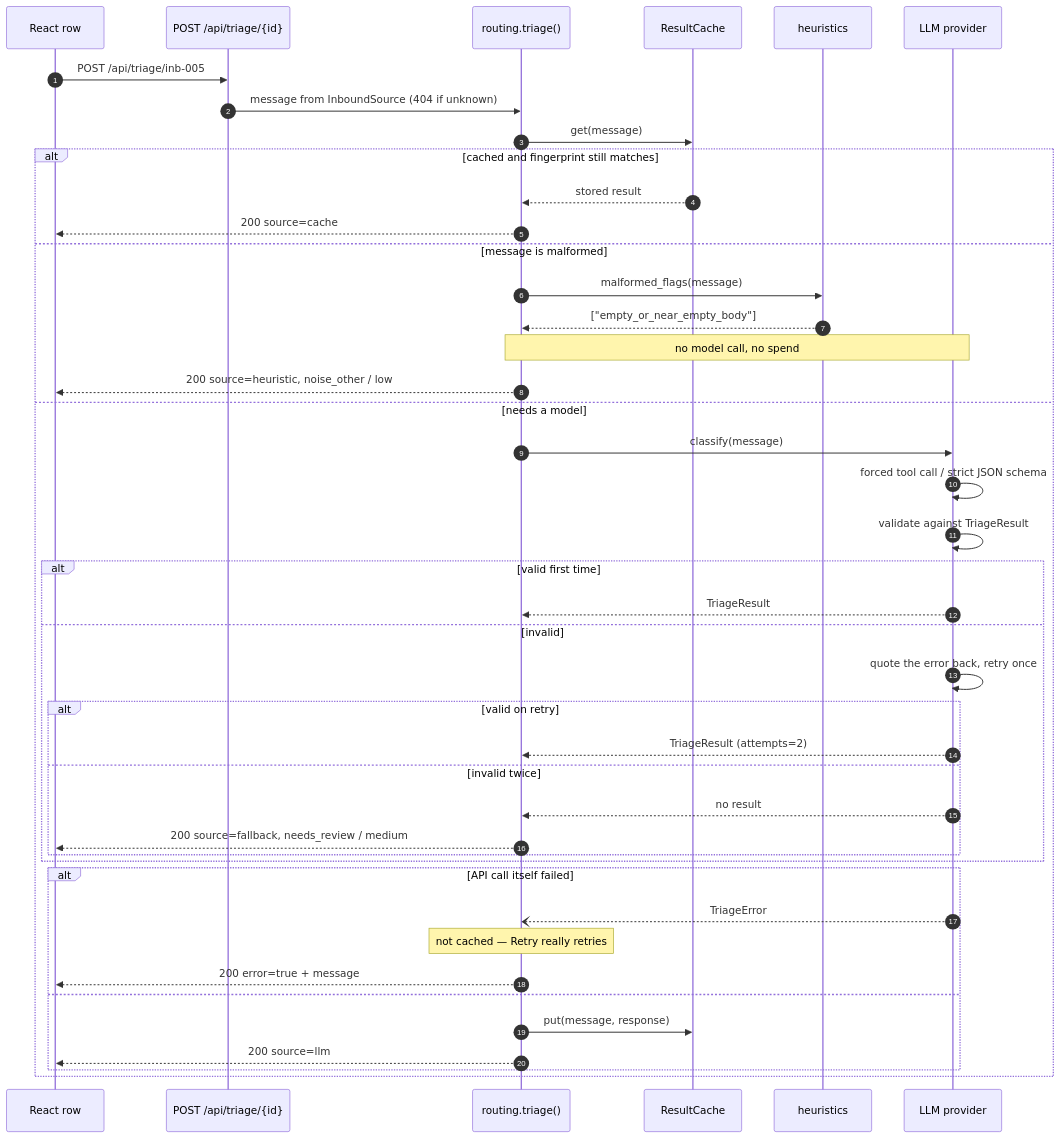
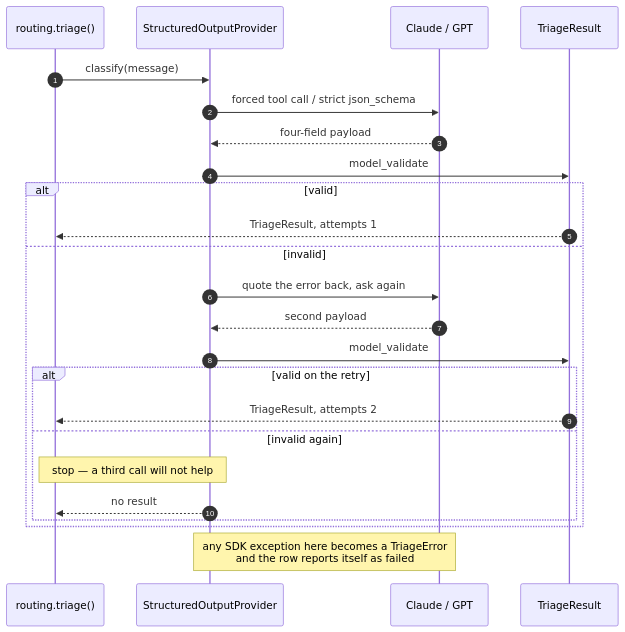
One commit to TCMS31/inbound-triage-assistant-assessment changed the second of 2 diagrams in README.md. Above: the diagram before and after it, drawn with Mermaid. The commit also changed other lines of this file, not shown here.

First line of the commit message:
Rework the README: shorter, and true to the code

````diff
--- a/README.md
+++ b/README.md
@@ -105,49 +108,29 @@
 ```mermaid
 sequenceDiagram
     autonumber
-    participant UI as React row
-    participant API as POST /api/triage/{id}
     participant P as routing.triage()
-    participant C as ResultCache
-    participant H as heuristics
-    participant M as LLM provider
+    participant S as StructuredOutputProvider
+    participant M as Claude / GPT
+    participant V as TriageResult
 
-    UI->>API: POST /api/triage/inb-005
-    API->>P: message from InboundSource (404 if unknown)
-    P->>C: get(message)
+    P->>S: classify(message)
+    S->>M: forced tool call / strict json_schema
+    M-->>S: four-field payload
+    S->>V: model_validate
 
-    alt cached and fingerprint still matches
-        C-->>P: stored result
-        P-->>UI: 200 source=cache
-    else message is malformed
-        P->>H: malformed_flags(message)
-        H-->>P: ["empty_or_near_empty_body"]
-        Note over P,M: no model call, no spend
-        P-->>UI: 200 source=heuristic, noise_other / low
-    else needs a model
-        P->>M: classify(message)
-        M->>M: forced tool call / strict JSON schema
-        M->>M: validate against TriageResult
-
-        alt valid first time
-            M-->>P: TriageResult
-        else invalid
-            M->>M: quote the error back, retry once
-            alt valid on retry
-                M-->>P: TriageResult (attempts=2)
-            else invalid twice
-                M-->>P: no result
-                P-->>UI: 200 source=fallback, needs_review / medium
-            end
-        end
-
-        alt API call itself failed
-            M--)P: TriageError
-            Note over P: not cached — Retry really retries
-            P-->>UI: 200 error=true + message
-        else
-            P->>C: put(message, response)
-            P-->>UI: 200 source=llm
+    alt valid
+        V-->>P: TriageResult, attempts 1
+    else invalid
+        S->>M: quote the error back, ask again
+        M-->>S: second payload
+        S->>V: model_validate
+        alt valid on the retry
+            V-->>P: TriageResult, attempts 2
+        else invalid again
+            Note over S,P: stop — a third call will not help
+            S-->>P: no result
         end
     end
+
+    Note over S,M: any SDK exception here becomes a TriageError<br/>and the row reports itself as failed
 ```
````
